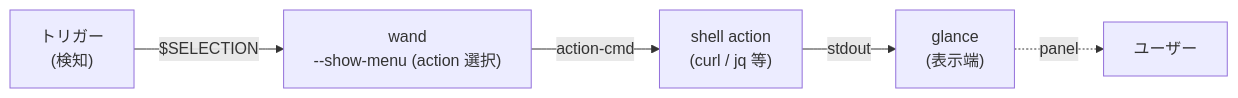
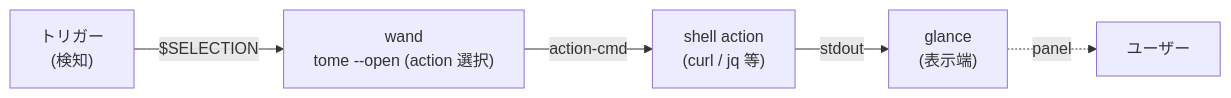
The first of 2 diagrams in docs/glossary.md (akira-toriyama/glance), drawn with Mermaid before and after one commit. The commit also changed 2 other files, not shown here.

Commit message:
:memo: docs(glance): markdown 安全性記述と canonical 名の stale を是正（第2波 section E recheck）
#19 の doc 同期で取りこぼした 3 件の doc-drift を是正（doc only・.swift 非変更）。

- SECURITY.md: `--markdown` のリンク安全性を「Foundation の NSAttributedString(markdown:)
  に依存」と記述していたが、実体は自前 visitor（MarkdownRenderer.visitLink が `.link`
  属性で埋め込み→選択可能な NSTextView がクリック処理）。security-critical な誤記ゆえ是正。
- docs/glossary.md: mermaid node の `wand --show-menu` が repo 唯一の残存 show-menu
  （#19 は prose は直したが mermaid を取りこぼし）。canonical `wand tome --open` へ
  （同 file:148 / CLAUDE.md:200 と整合）。
- CONTRIBUTING.md: macOS 13+ の根拠に stale な `NSAttributedString(markdown:)` ＋
  参照ゼロの `presentationIntent` を列挙。実 lineage（swift-markdown / Highlightr 自前
  renderer）へ是正。

裏取り: MarkdownRenderer.swift:7（置換コメント）/:211,216（visitLink）・ViewerPanel.swift:192
（isSelectable）・grep で NSAttributedString(markdown:) の current-claim ゼロ／show-menu ゼロを確認。

````diff
--- a/docs/glossary.md
+++ b/docs/glossary.md
@@ -32,12 +32,12 @@
 ```mermaid
 flowchart LR
   TRIGGER["トリガー<br/>(検知)"]
-  WAND["wand<br/>--show-menu (action 選択)"]
+  WAND["wand<br/>tome --open (action 選択)"]
   SHELL["shell action<br/>(curl / jq 等)"]
   GLANCE["glance<br/>(表示端)"]
   USER["ユーザー"]
   TRIGGER -->|"$SELECTION"| WAND
   WAND -->|"action-cmd"| SHELL
   SHELL -->|"stdout"| GLANCE
   GLANCE -.panel.-> USER
 ```
````
